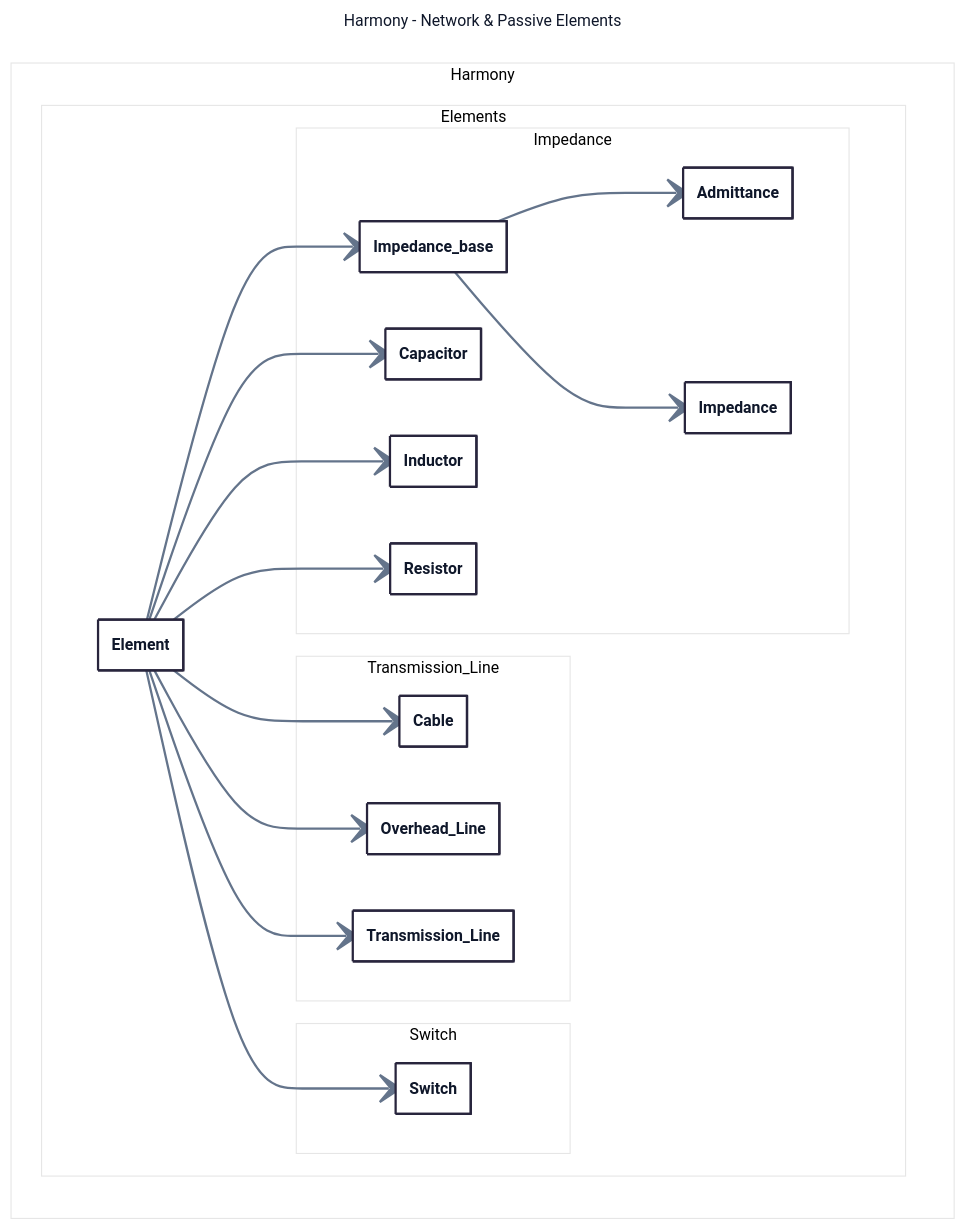
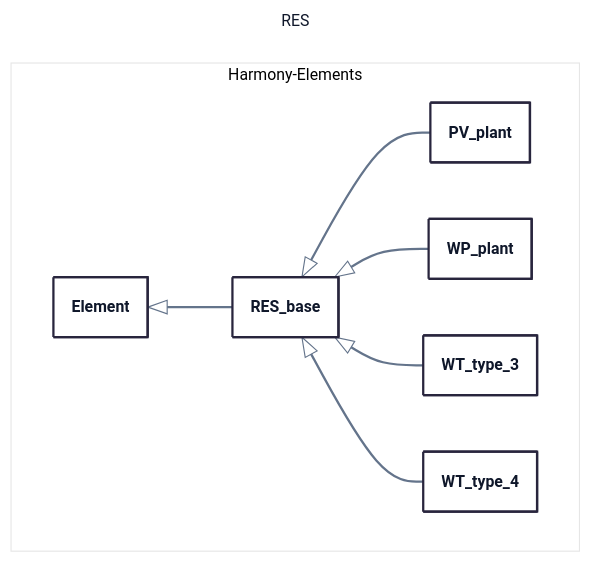
The first of 4 diagrams in class_diagram.md (yiquintero/tmp), drawn with Mermaid before and after one commit. The commit also changed other lines of this file, not shown here.

First line of the commit message:
Refactor class diagram for RES elements

````diff
--- a/class_diagram.md
+++ b/class_diagram.md
@@ -74,48 +9,32 @@
 ```mermaid
 ---
-title: Harmony - Network & Passive Elements
+title: RES
 config:
   theme: redux-color
   themeVariables:
-    fontFamily: Inter, Segoe UI, sans-serif
+    fontFamily: Segoe UI, -apple-system, BlinkMacSystemFont, sans-serif
     lineColor: "#64748B"
     primaryTextColor: "#0F172A"
+  flowchart:
+    wrappingWidth: 450
   class:
     hideEmptyMembersBox: true
+    padding: 16
 ---
 classDiagram
-  direction LR
-
-  namespace Harmony.Elements {
+  namespace Harmony-Elements {
     class Element {}
   }
-
-  namespace Harmony.Elements.Impedance {
-    class Impedance_base {}
-    class Admittance {}
-    class Impedance {}
-    class Capacitor {}
-    class Inductor {}
-    class Resistor {}
+  namespace Harmony-Elements {
+    class PV_plant {}
+    class RES_base {}
+    class WP_plant {}
+    class WT_type_3 {}
+    class WT_type_4 {}
   }
-  Element --> Impedance_base
-  Element --> Capacitor
-  Element --> Inductor
-  Element --> Resistor
-  Impedance_base --> Admittance
-  Impedance_base --> Impedance
-
-  namespace Harmony.Elements.Transmission_Line {
-    class Cable {}
-    class Overhead_Line {}
-    class Transmission_Line {}
-  }
-  Element --> Cable
-  Element --> Overhead_Line
-  Element --> Transmission_Line
-
-  namespace Harmony.Elements.Switch {
-    class Switch {}
-  }
-  Element --> Switch
+  Element <|-- RES_base
+  RES_base <|-- PV_plant
+  RES_base <|-- WP_plant
+  RES_base <|-- WT_type_3
+  RES_base <|-- WT_type_4
 ```
````
